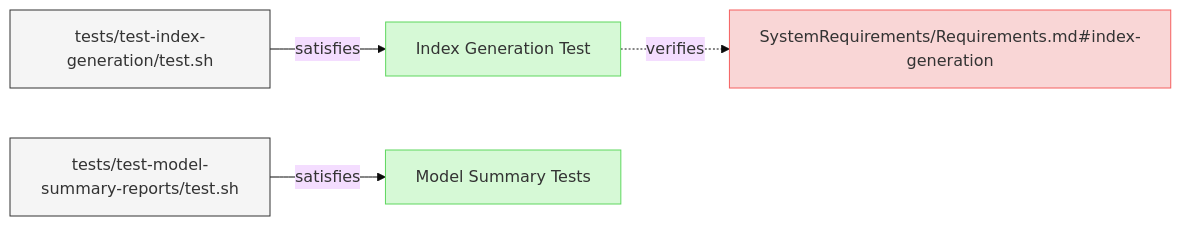
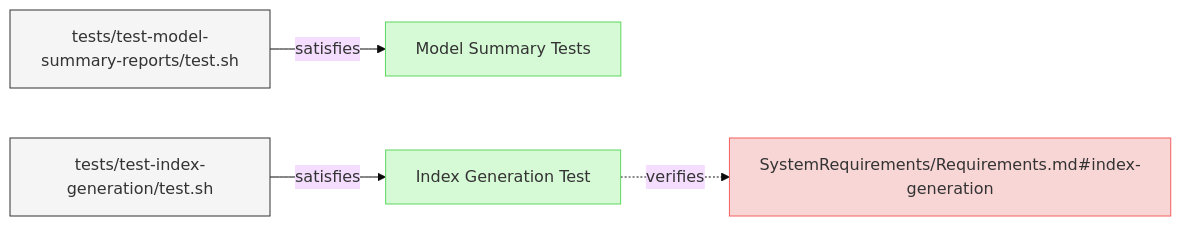
The diagram in specifications/Verifications/ReportsTests.md (reqvire-org/reqvire), drawn with Mermaid (base theme) before and after one commit. The commit also changed 44 other files, not shown here.

Commit message:
Diagrams bug fixes. Test improvements.

````diff
--- a/specifications/Verifications/ReportsTests.md
+++ b/specifications/Verifications/ReportsTests.md
@@ -6,27 +6,27 @@
 ```mermaid
 graph LR;
   %% Graph styling
   classDef requirement fill:#f9d6d6,stroke:#f55f5f,stroke-width:1px;
   classDef verification fill:#d6f9d6,stroke:#5fd75f,stroke-width:1px;
   classDef externalLink fill:#d0e0ff,stroke:#3080ff,stroke-width:1px;
   classDef default fill:#f5f5f5,stroke:#333333,stroke-width:1px;
 
+  76ae69270700044b["Model Summary Tests"];
+  class 76ae69270700044b verification;
+  click 76ae69270700044b "ReportsTests.md#model-summary-tests";
+  7b75340700b95177["tests/test-model-summary-reports/test.sh"];
+  class 7b75340700b95177 default;
+  click 7b75340700b95177 "../../tests/test-model-summary-reports/test.sh";
+  7b75340700b95177 -->|satisfies| 76ae69270700044b;
   3108f29b131412a3["Index Generation Test"];
-  click 3108f29b131412a3 "specifications/Verifications/ReportsTests.md#index-generation-test#index-generation-test";
   class 3108f29b131412a3 verification;
+  click 3108f29b131412a3 "ReportsTests.md#index-generation-test";
   a21995894299effb["SystemRequirements/Requirements.md#index-generation"];
   class a21995894299effb requirement;
-  click a21995894299effb "specifications/SystemRequirements/Requirements.md#index-generation#index-generation";
+  click a21995894299effb "../SystemRequirements/Requirements.md#index-generation";
   3108f29b131412a3 -.->|verifies| a21995894299effb;
   1123809d5f501bf1["tests/test-index-generation/test.sh"];
   class 1123809d5f501bf1 default;
-  click 1123809d5f501bf1 "tests/test-index-generation/test.sh";
+  click 1123809d5f501bf1 "../../tests/test-index-generation/test.sh";
   1123809d5f501bf1 -->|satisfies| 3108f29b131412a3;
-  76ae69270700044b["Model Summary Tests"];
-  click 76ae69270700044b "specifications/Verifications/ReportsTests.md#model-summary-tests#model-summary-tests";
-  class 76ae69270700044b verification;
-  7b75340700b95177["tests/test-model-summary-reports/test.sh"];
-  class 7b75340700b95177 default;
-  click 7b75340700b95177 "tests/test-model-summary-reports/test.sh";
-  7b75340700b95177 -->|satisfies| 76ae69270700044b;
 ```
````
